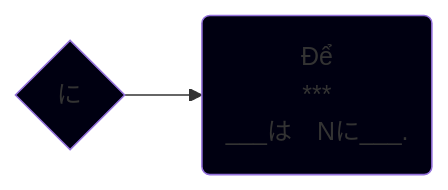
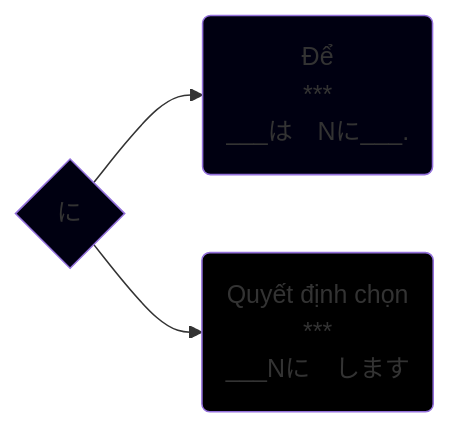
Before and after one commit to tea1504/learn: the diagram in TroTu/に.md, drawn with Mermaid. The commit also changed 18 other files, not shown here.

````diff
--- a/TroTu/に.md
+++ b/TroTu/に.md
@@ -1,9 +1,11 @@
 ```mermaid
 graph LR;
 	tt{に}
 
 	tt-->de(Để\n***\n___は　Nに___.)
+	tt-->quyetDinhChon(Quyết định chọn\n***\n___Nに　します)
 
 	style tt fill:#001
 	style de fill:#001
+	style quyetDinhChon fill:#000
 ```
````
